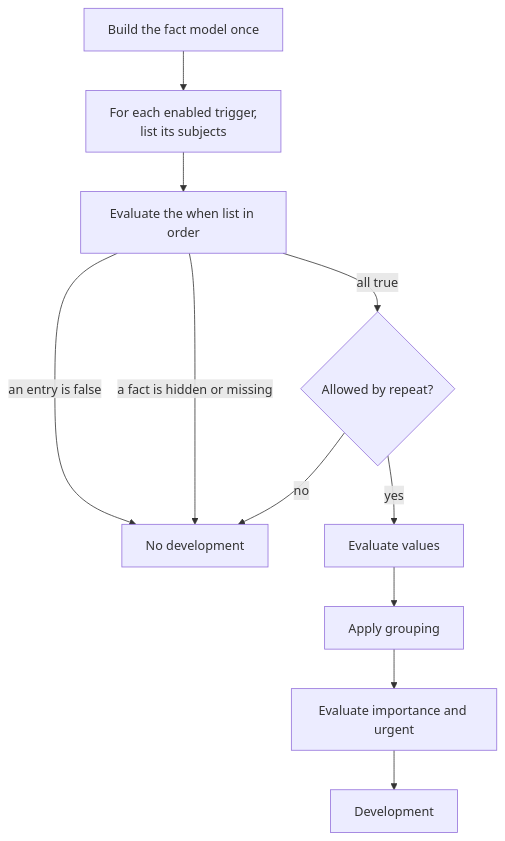
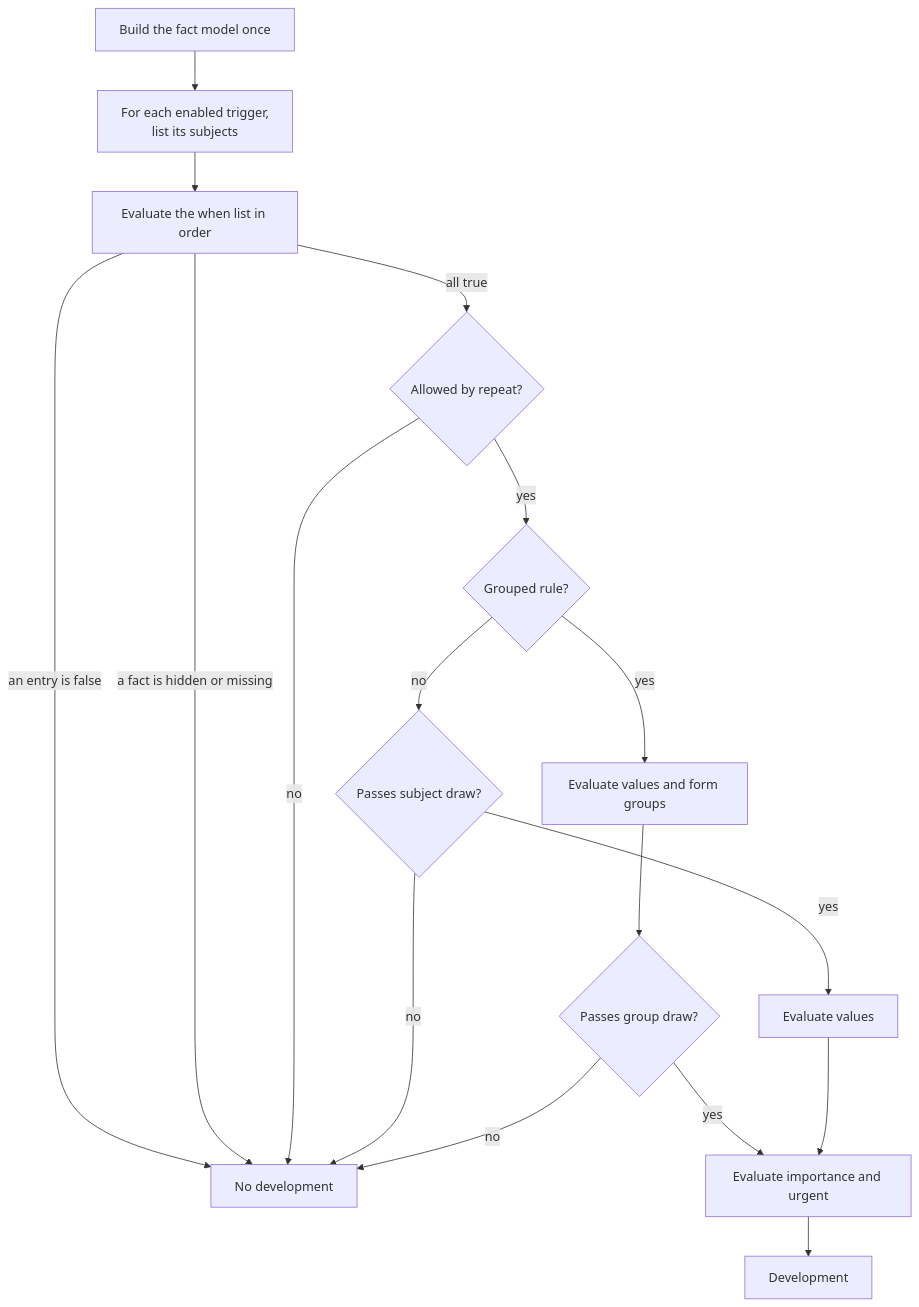
One commit to vox-deorum/vox-deorum changed the second of 2 diagrams in docs/developers/vox-agents/newspaper/triggers/overview.md. Above: the diagram before and after it, drawn with Mermaid. The commit also changed other lines of this file and 35 other files, not shown here.

````diff
--- a/docs/developers/vox-agents/newspaper/triggers/overview.md
+++ b/docs/developers/vox-agents/newspaper/triggers/overview.md
@@ -83,13 +84,19 @@
 ```mermaid
 flowchart TD
     Build[Build the fact model once] --> Each[For each enabled trigger,<br/>list its subjects]
     Each --> When[Evaluate the when list in order]
     When -->|an entry is false| Stop[No development]
     When -->|a fact is hidden or missing| Stop
     When -->|all true| Repeat{Allowed by repeat?}
     Repeat -->|no| Stop
-    Repeat -->|yes| Values[Evaluate values]
-    Values --> Group[Apply grouping]
-    Group --> Rate[Evaluate importance and urgent]
+    Repeat -->|yes| Grouped{Grouped rule?}
+    Grouped -->|no| SubjectDraw{Passes subject draw?}
+    SubjectDraw -->|no| Stop
+    SubjectDraw -->|yes| Values[Evaluate values]
+    Grouped -->|yes| Group[Evaluate values and form groups]
+    Group --> GroupDraw{Passes group draw?}
+    GroupDraw -->|no| Stop
+    GroupDraw -->|yes| Rate[Evaluate importance and urgent]
+    Values --> Rate
     Rate --> Dev[Development]
 ```
````
